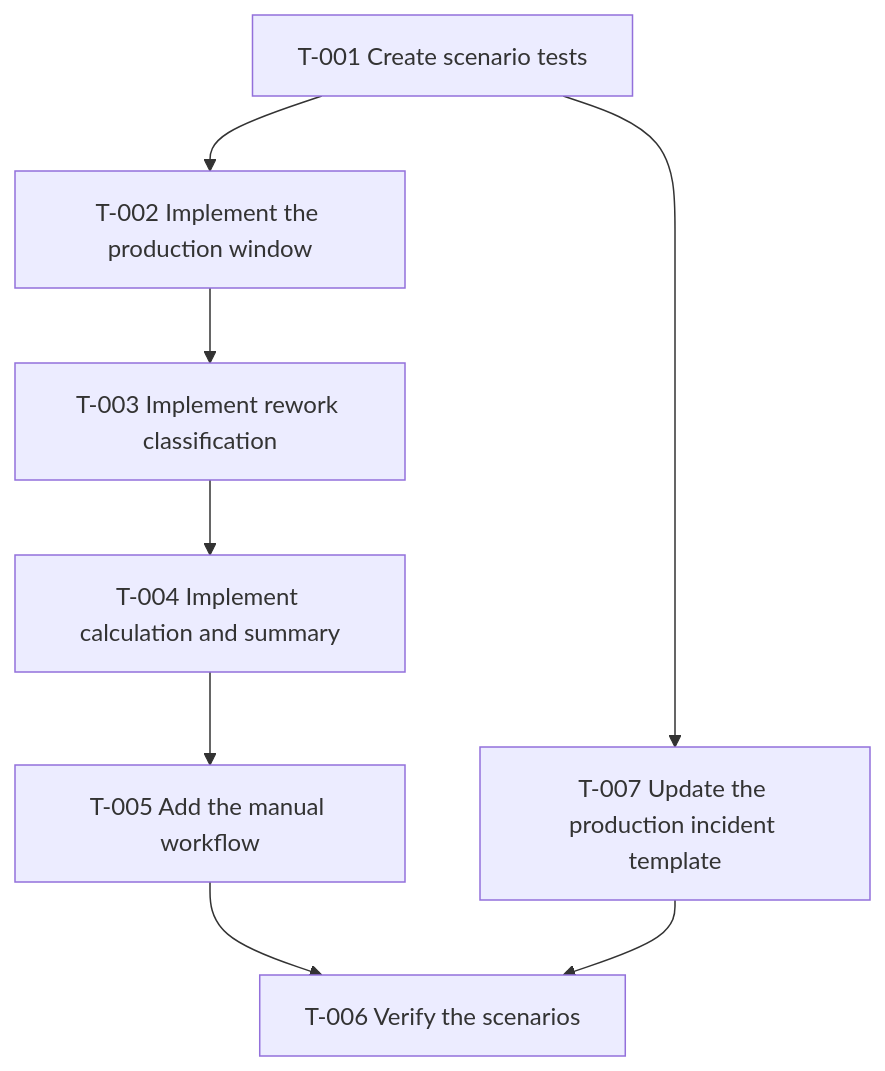
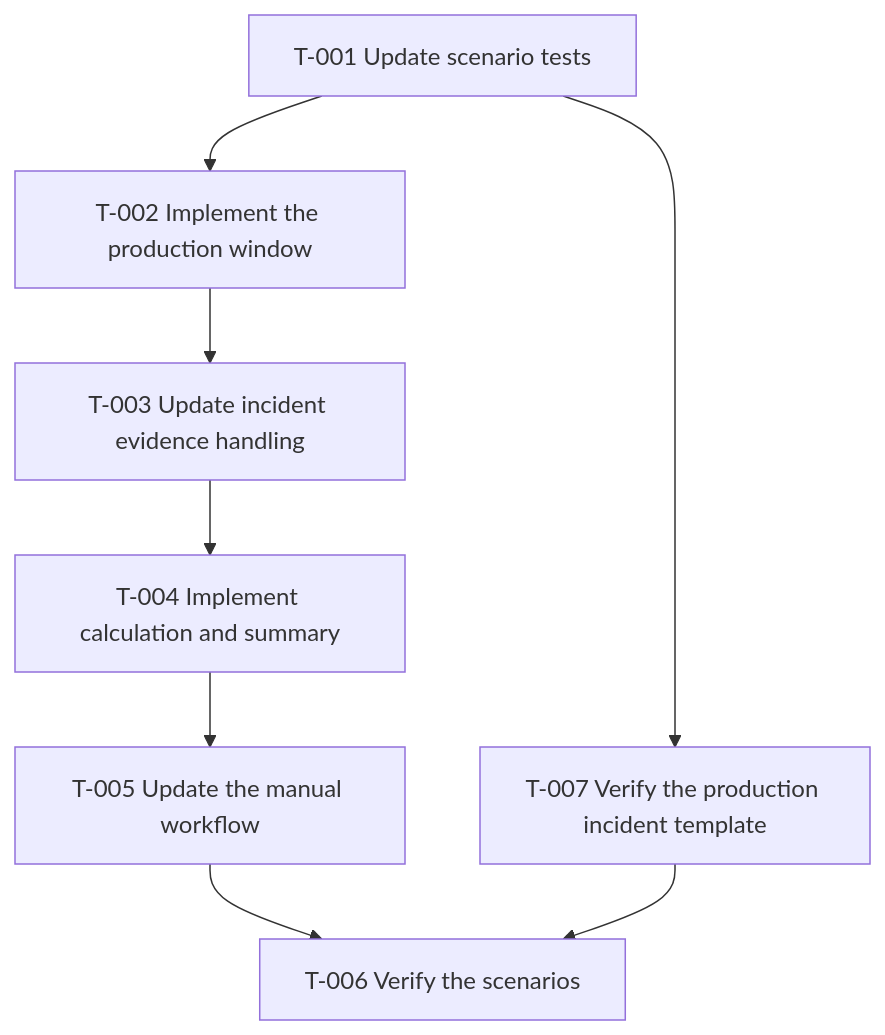
One commit to b-chua-student/theseus changed the diagram in specs/devops/dora-deployment-rework-rate/tasks.md. Above: the diagram before and after it, drawn with Mermaid. The commit also changed other lines of this file and 4 other files, not shown here.

````diff
--- a/specs/devops/dora-deployment-rework-rate/tasks.md
+++ b/specs/devops/dora-deployment-rework-rate/tasks.md
@@ -5,17 +5,17 @@
 ```mermaid
 flowchart TD
-    T001["T-001 Create scenario tests"]
+    T001["T-001 Update scenario tests"]
     T002["T-002 Implement the production window"]
-    T003["T-003 Implement rework classification"]
+    T003["T-003 Update incident evidence handling"]
     T004["T-004 Implement calculation and summary"]
-    T005["T-005 Add the manual workflow"]
+    T005["T-005 Update the manual workflow"]
     T006["T-006 Verify the scenarios"]
-    T007["T-007 Update the production incident template"]
+    T007["T-007 Verify the production incident template"]
     T001 --> T002
     T001 --> T007
     T002 --> T003
     T003 --> T004
     T004 --> T005
     T005 --> T006
     T007 --> T006
 ```
````
